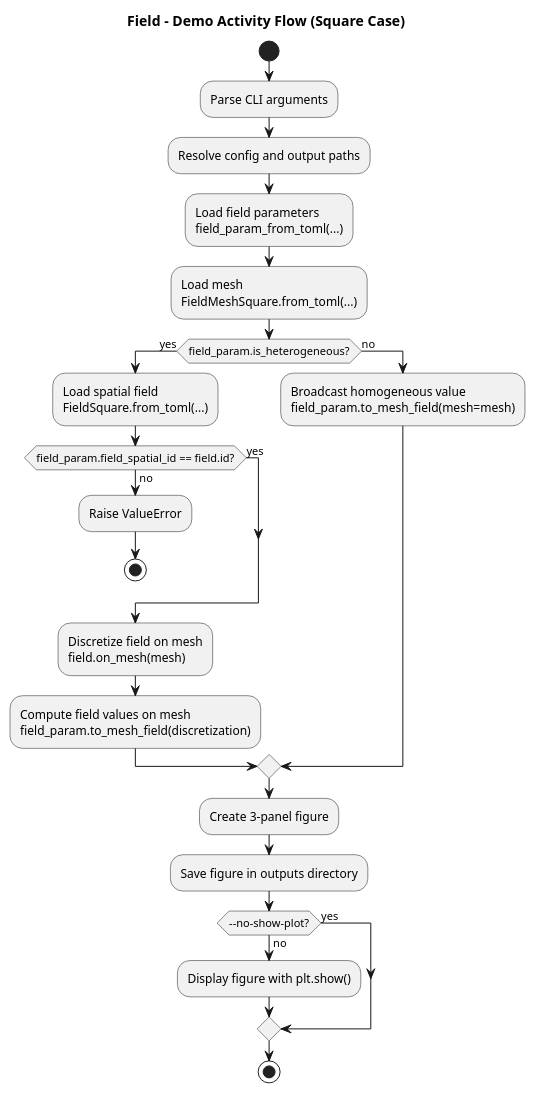
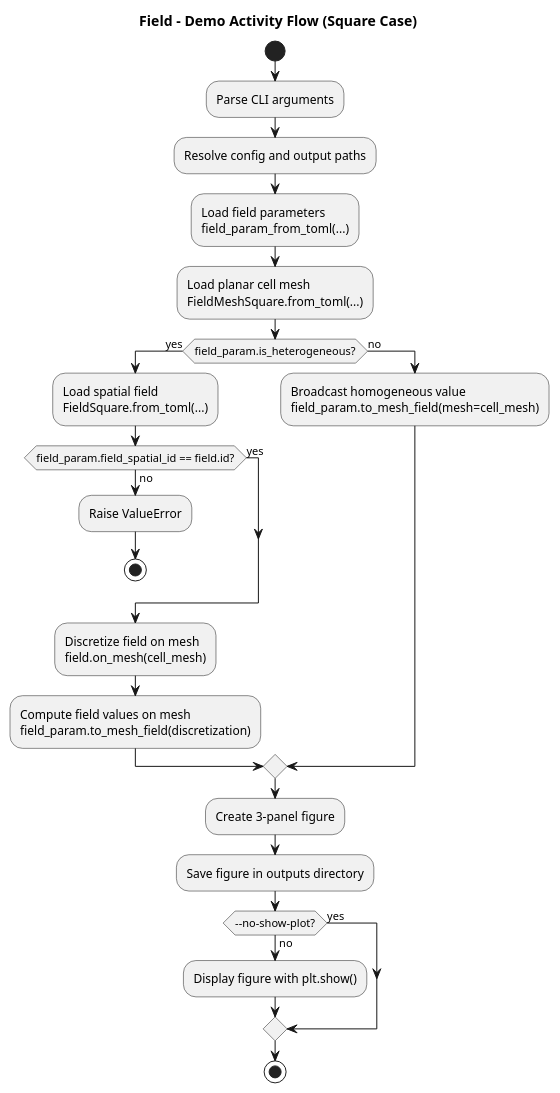
Before and after one commit to HydroModPy/HydroModPy: the diagram in docs/source/contribute/architecture/field/diagrams/field_activity.wsd, drawn with PlantUML. The commit also changed 302 other files, not shown here.

```diff
--- a/docs/source/contribute/architecture/field/diagrams/field_activity.wsd
+++ b/docs/source/contribute/architecture/field/diagrams/field_activity.wsd
@@ -1,33 +1,33 @@
 @startuml
 title Field - Demo Activity Flow (Square Case)
 
 start
 
 :Parse CLI arguments;
 :Resolve config and output paths;
 :Load field parameters\nfield_param_from_toml(...);
-:Load mesh\nFieldMeshSquare.from_toml(...);
+:Load planar cell mesh\nFieldMeshSquare.from_toml(...);
 
 if (field_param.is_heterogeneous?) then (yes)
   :Load spatial field\nFieldSquare.from_toml(...);
   if (field_param.field_spatial_id == field.id?) then (yes)
   else (no)
     :Raise ValueError;
     stop
   endif
-  :Discretize field on mesh\nfield.on_mesh(mesh);
+  :Discretize field on mesh\nfield.on_mesh(cell_mesh);
   :Compute field values on mesh\nfield_param.to_mesh_field(discretization);
 else (no)
-  :Broadcast homogeneous value\nfield_param.to_mesh_field(mesh=mesh);
+  :Broadcast homogeneous value\nfield_param.to_mesh_field(mesh=cell_mesh);
 endif
 
 :Create 3-panel figure;
 :Save figure in outputs directory;
 
 if (--no-show-plot?) then (yes)
 else (no)
   :Display figure with plt.show();
 endif
 
 stop
 @enduml
```
